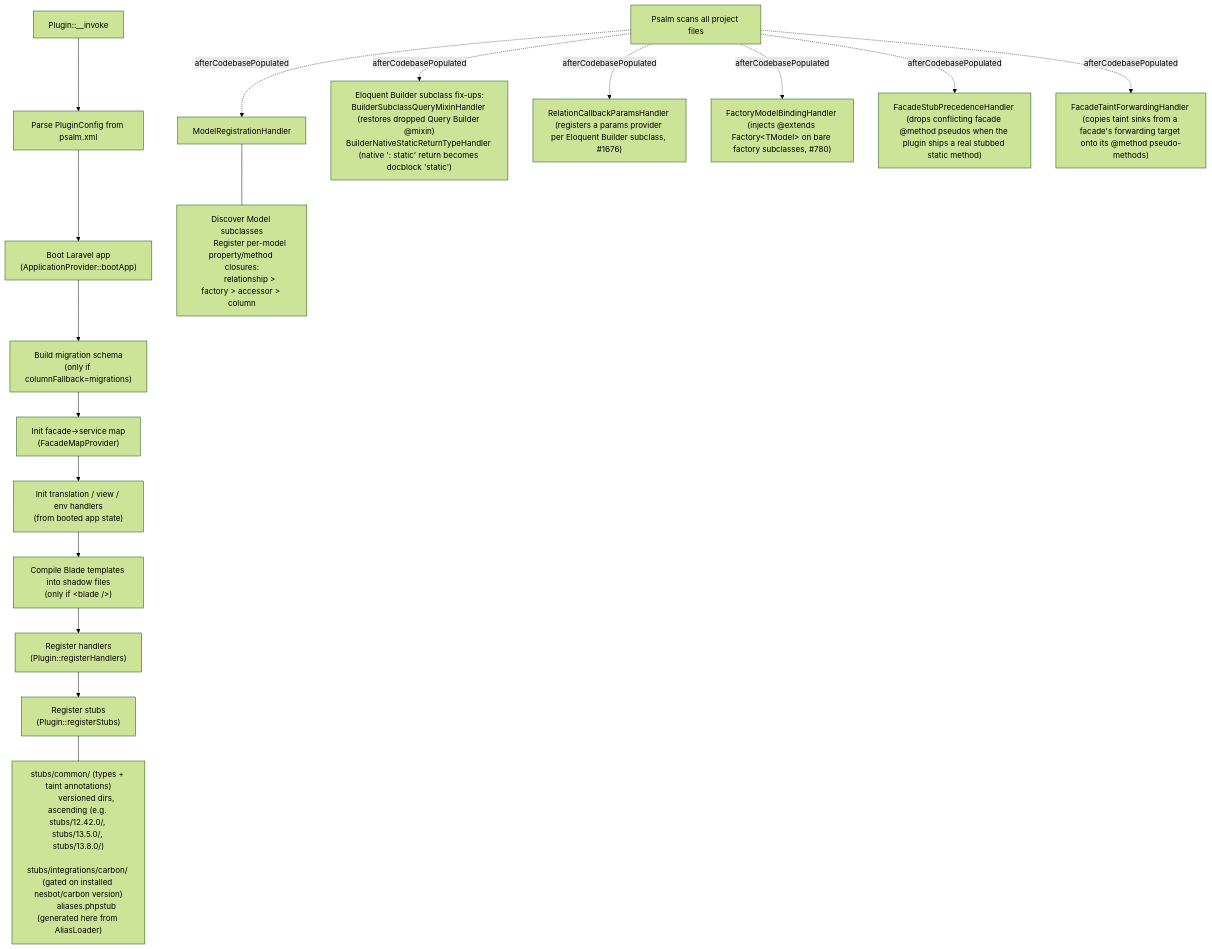
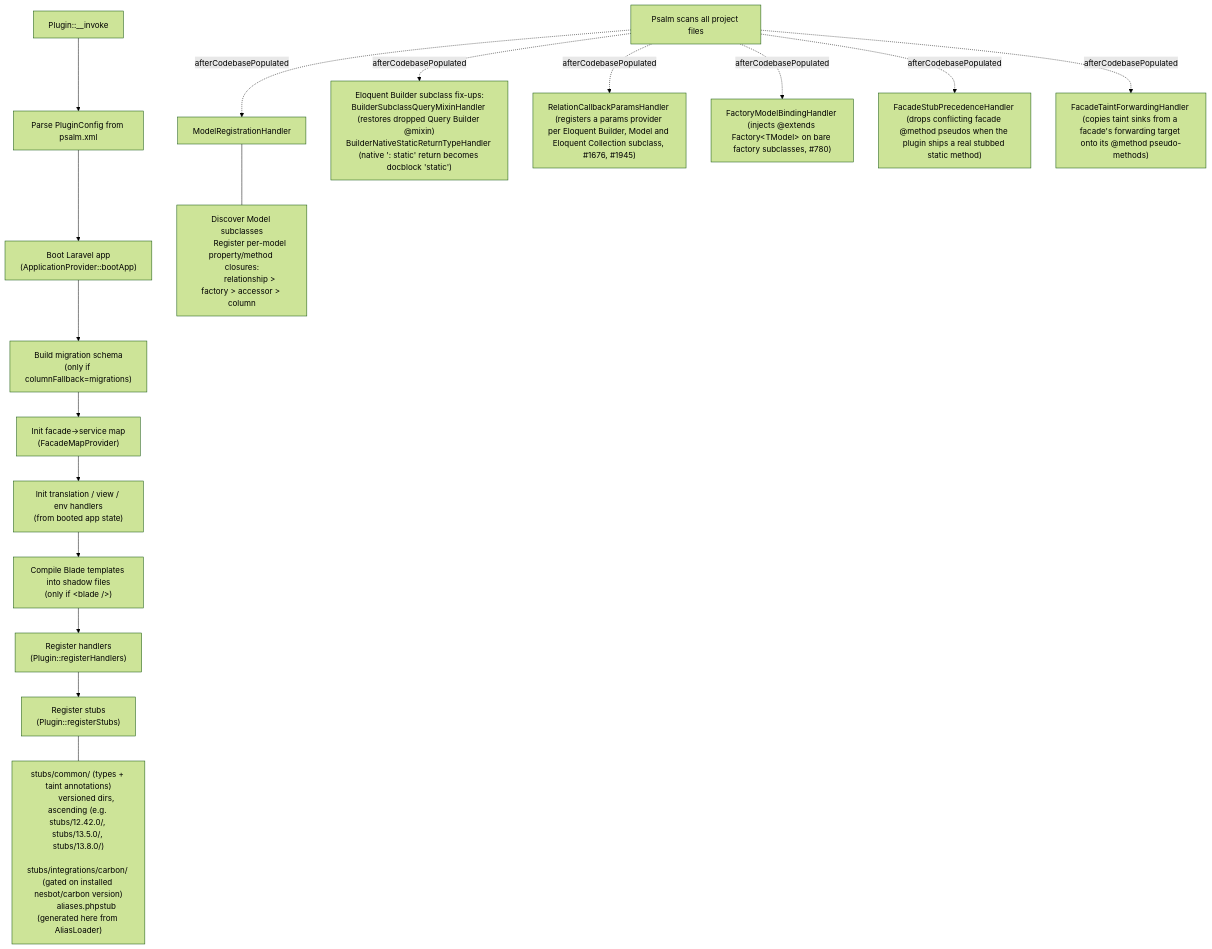
Before and after one commit to psalm/psalm-plugin-laravel: the first of 2 diagrams in docs/contributing/README.md, drawn with Mermaid (forest theme). The commit also changed other lines of this file and 4 other files, not shown here.

First line of the commit message:
feat(eloquent): type eager-load constraint closure params

````diff
--- a/docs/contributing/README.md
+++ b/docs/contributing/README.md
@@ -19,30 +19,30 @@
 ```mermaid
 flowchart TD
     A["Plugin::__invoke"] --> B["Parse PluginConfig from psalm.xml"]
     B --> C["Boot Laravel app\n(ApplicationProvider::bootApp)"]
     C --> D["Build migration schema\n(only if columnFallback=migrations)"]
     D --> E["Init facade→service map\n(FacadeMapProvider)"]
     E --> F["Init translation / view / env handlers\n(from booted app state)"]
     F --> BL["Compile Blade templates into shadow files\n(only if &lt;blade /&gt;)"]
     BL --> G["Register handlers\n(Plugin::registerHandlers)"]
     G --> H["Register stubs\n(Plugin::registerStubs)"]
 
     H --- stubs["
         stubs/common/ (types + taint annotations)
         versioned dirs, ascending (e.g. stubs/12.42.0/, stubs/13.5.0/, stubs/13.8.0/)
         stubs/integrations/carbon/ (gated on installed nesbot/carbon version)
         aliases.phpstub (generated here from AliasLoader)
     "]
 
     I["Psalm scans all project files"] -.->|afterCodebasePopulated| J["ModelRegistrationHandler"]
     I -.->|afterCodebasePopulated| K["Eloquent Builder subclass fix-ups:\nBuilderSubclassQueryMixinHandler (restores dropped Query Builder @mixin)\nBuilderNativeStaticReturnTypeHandler (native ': static' return becomes docblock 'static')"]
-    I -.->|afterCodebasePopulated| RCP["RelationCallbackParamsHandler (registers a params provider per Eloquent Builder subclass, #1676)"]
+    I -.->|afterCodebasePopulated| RCP["RelationCallbackParamsHandler (registers a params provider per Eloquent Builder, Model and Eloquent Collection subclass, #1676, #1945)"]
     I -.->|afterCodebasePopulated| FMB["FactoryModelBindingHandler (injects @extends Factory&lt;TModel&gt; on bare factory subclasses, #780)"]
     I -.->|afterCodebasePopulated| FSP["FacadeStubPrecedenceHandler (drops conflicting facade @method pseudos when the plugin ships a real stubbed static method)"]
     I -.->|afterCodebasePopulated| FTF["FacadeTaintForwardingHandler (copies taint sinks from a facade's forwarding target onto its @method pseudo-methods)"]
     J --- models["
         Discover Model subclasses
         Register per-model property/method closures:
         relationship > factory > accessor > column
     "]
 ```
````
